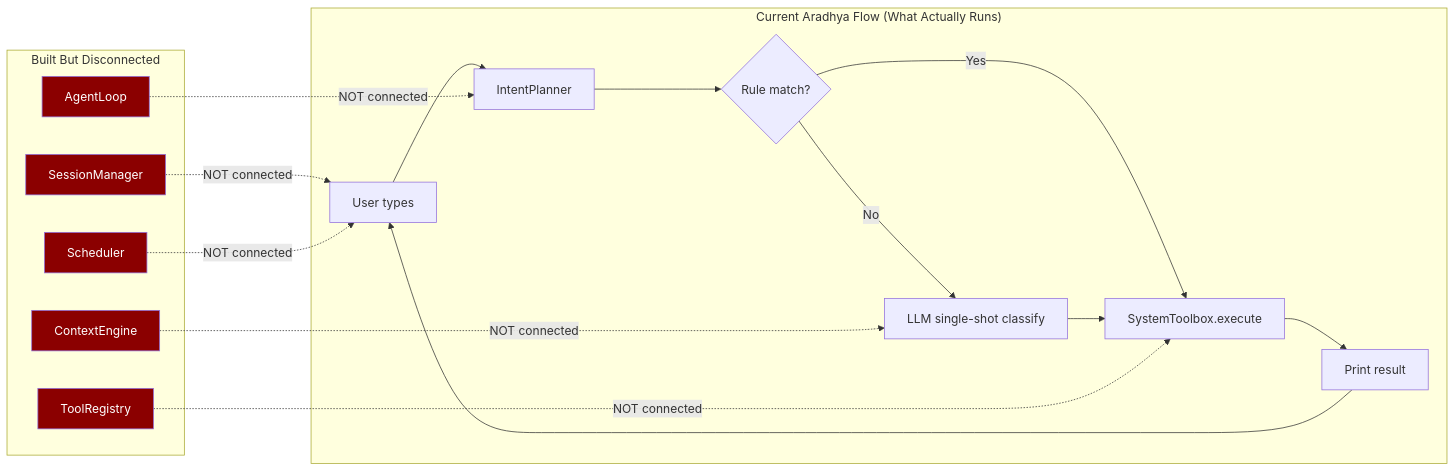
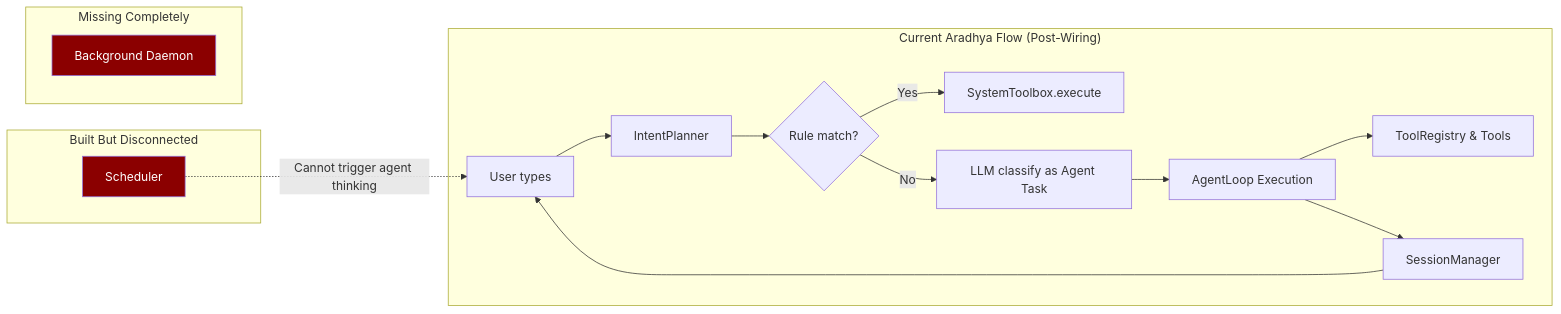
Before and after one commit to Saurabh0003M/ARADHYA: the diagram in gap_analysis.md, drawn with Mermaid. The commit also changed other lines of this file and 3 other files, not shown here.

Commit message:
Add background daemon, HTTP API, and heartbeat-driven agent_think scheduler

````diff
--- a/gap_analysis.md
+++ b/gap_analysis.md
@@ -35,26 +35,24 @@
 ```mermaid
 graph LR
-    subgraph "Current Aradhya Flow (What Actually Runs)"
+    subgraph "Current Aradhya Flow (Post-Wiring)"
         A[User types] --> B[IntentPlanner]
         B --> C{Rule match?}
         C -->|Yes| D[SystemToolbox.execute]
-        C -->|No| E[LLM single-shot classify]
-        E --> D
-        D --> F[Print result]
-        F --> A
+        C -->|No| E[LLM classify as Agent Task]
+        E --> F[AgentLoop Execution]
+        F --> G[ToolRegistry & Tools]
+        F --> H[SessionManager]
+        H --> A
     end
 
     subgraph "Built But Disconnected"
-        G[AgentLoop] -.->|NOT connected| B
-        H[ToolRegistry] -.->|NOT connected| D
-        I[SessionManager] -.->|NOT connected| A
-        J[ContextEngine] -.->|NOT connected| E
-        K[Scheduler] -.->|NOT connected| A
+        K[Scheduler] -.->|Cannot trigger agent thinking| A
     end
 
-    style G fill:#8B0000,color:#fff
-    style H fill:#8B0000,color:#fff
-    style I fill:#8B0000,color:#fff
-    style J fill:#8B0000,color:#fff
+    subgraph "Missing Completely"
+        L[Background Daemon]
+    end
+
     style K fill:#8B0000,color:#fff
+    style L fill:#8B0000,color:#fff
 ```
````
